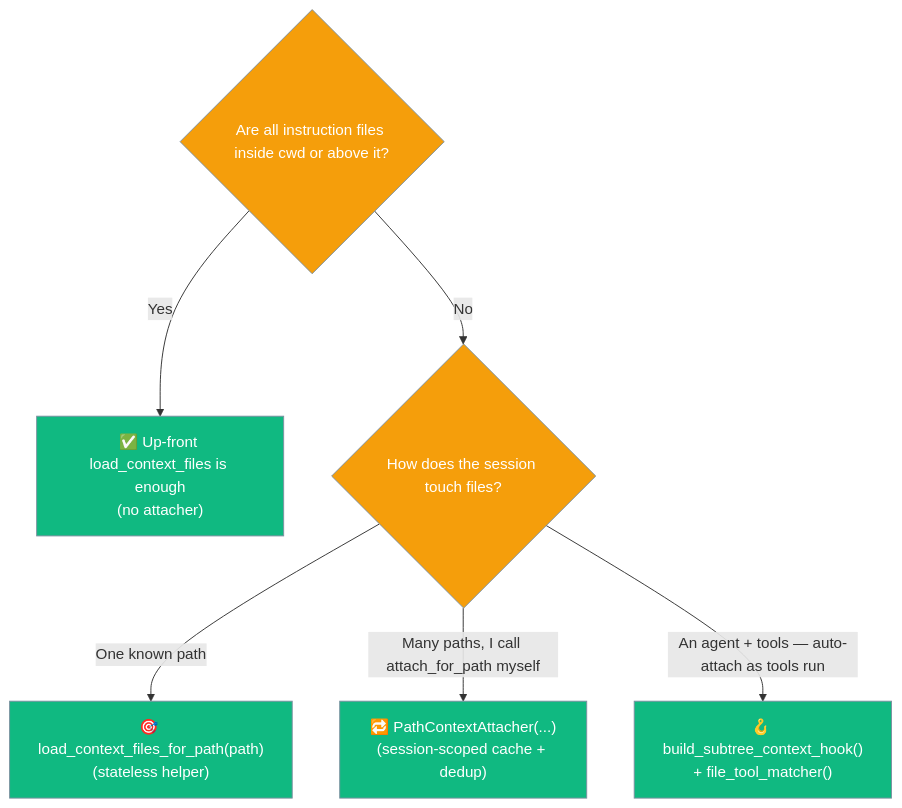
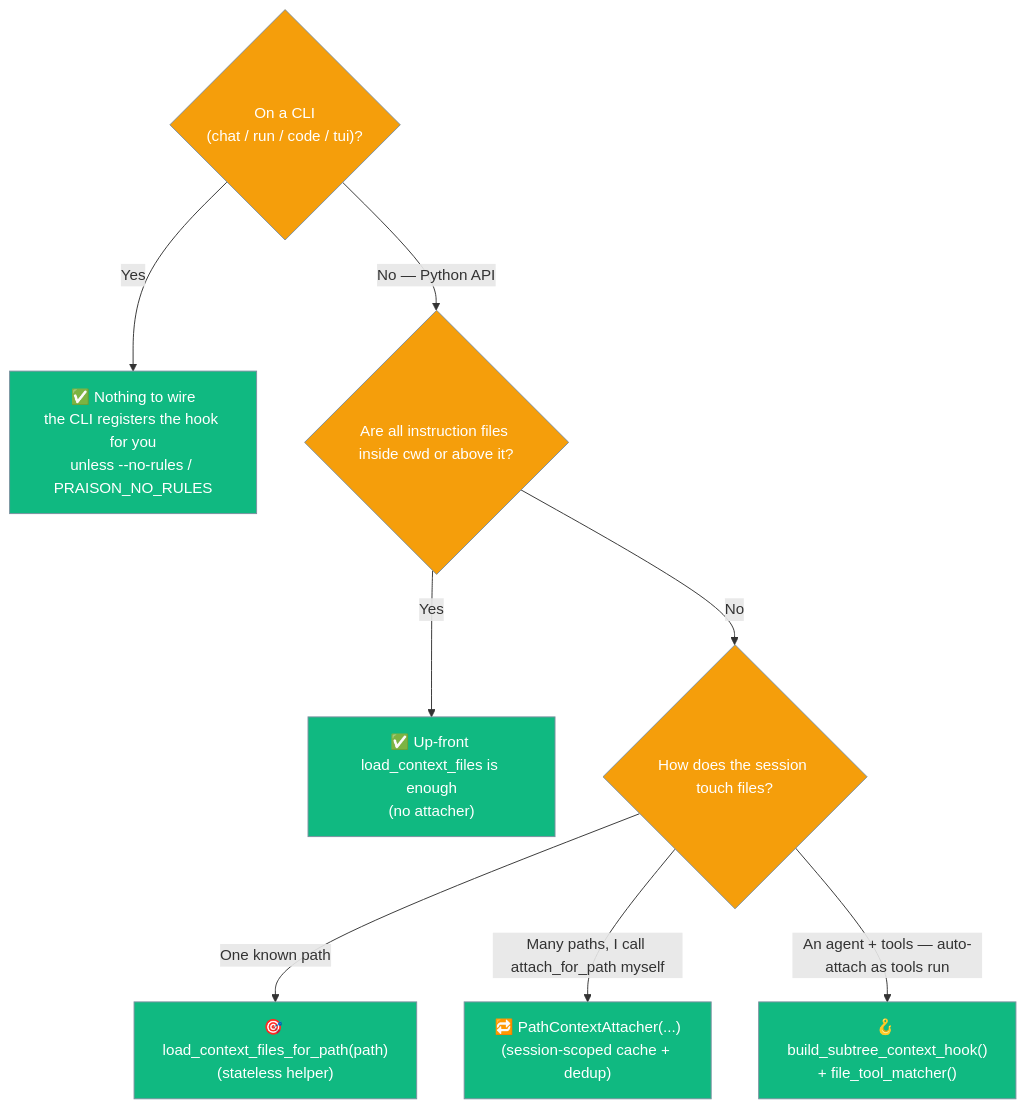
The fifth of 8 diagrams in docs/features/context-files.mdx (MervinPraison/PraisonAIDocs), drawn with Mermaid before and after one commit. The commit also changed other lines of this file and 3 other files, not shown here.

First line of the commit message:
docs: document praisonai run subtree AGENTS.md parity + PRAISON_NO_RULES / PRAISON_CONTEXT_BUDGET (fixes #2539)

````diff
--- a/docs/features/context-files.mdx
+++ b/docs/features/context-files.mdx
@@ -298,15 +300,17 @@
 ```mermaid
 graph TB
-    Q1{"Are all instruction files inside cwd or above it?"}
+    Q0{"On a CLI<br/>(chat / run / code / tui)?"}
+    Q0 -->|Yes| CLI["✅ Nothing to wire<br/>the CLI registers the hook for you<br/>unless --no-rules / PRAISON_NO_RULES"]
+    Q0 -->|No — Python API| Q1{"Are all instruction files inside cwd or above it?"}
     Q1 -->|Yes| UPFRONT["✅ Up-front load_context_files is enough<br/>(no attacher)"]
     Q1 -->|No| Q2{"How does the session touch files?"}
     Q2 -->|"One known path"| ONESHOT["🎯 load_context_files_for_path(path)<br/>(stateless helper)"]
     Q2 -->|"Many paths, I call attach_for_path myself"| CLASS["🔁 PathContextAttacher(...)<br/>(session-scoped cache + dedup)"]
     Q2 -->|"An agent + tools — auto-attach as tools run"| HOOK["🪝 build_subtree_context_hook()<br/>+ file_tool_matcher()"]
 
     classDef q fill:#F59E0B,stroke:#7C90A0,color:#fff
     classDef pick fill:#10B981,stroke:#7C90A0,color:#fff
 
-    class Q1,Q2 q
-    class UPFRONT,ONESHOT,CLASS,HOOK pick
+    class Q0,Q1,Q2 q
+    class CLI,UPFRONT,ONESHOT,CLASS,HOOK pick
 ```
````
